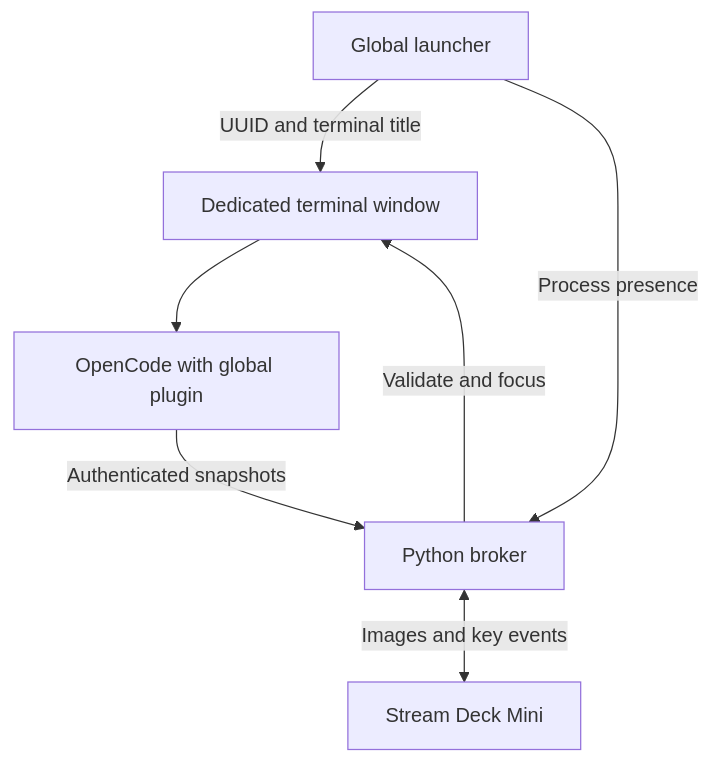
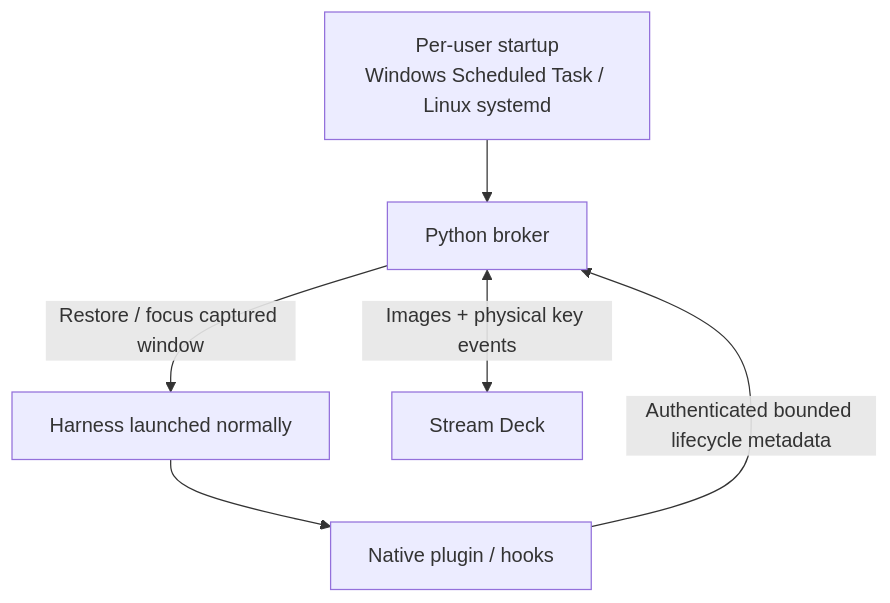
Before and after one commit to darkmatter2222/AgentDeck: the first of 2 diagrams in docs/ARCHITECTURE.md, drawn with Mermaid. The commit also changed other lines of this file and 19 other files, not shown here.

First line of the commit message:
Fix physical buttons and move to plugin-first startup

````diff
--- a/docs/ARCHITECTURE.md
+++ b/docs/ARCHITECTURE.md
@@ -5,9 +5,8 @@
 ```mermaid
 flowchart TD
-    L["Global launcher"] -->|"UUID and terminal title"| W["Dedicated terminal window"]
-    W --> O["OpenCode with global plugin"]
-    O -->|"Authenticated snapshots"| B["Python broker"]
-    L -->|"Process presence"| B
-    B <-->|"Images and key events"| D["Stream Deck Mini"]
-    B -->|"Validate and focus"| W
+    S["Per-user startup\nWindows Scheduled Task / Linux systemd"] --> B["Python broker"]
+    U["Harness launched normally"] --> P["Native plugin / hooks"]
+    P -->|"Authenticated bounded lifecycle metadata"| B
+    B <-->|"Images + physical key events"| D["Stream Deck"]
+    B -->|"Restore / focus captured window"| U
 ```
````
